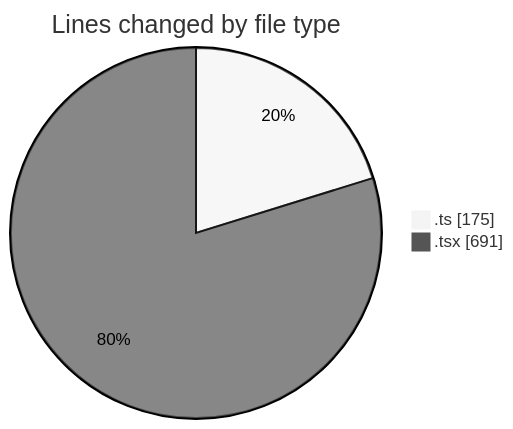
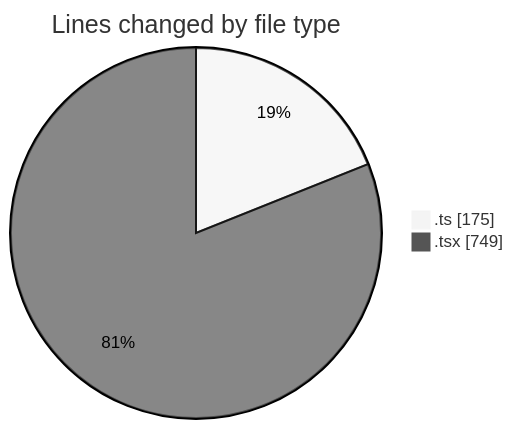
Before and after one commit to momahboobian/code-tracking: the first of 2 diagrams in 2025-12-02/cda/README.md, drawn with Mermaid (neutral theme). The commit also changed other lines of this file and 1 other file, not shown here.

````diff
--- a/2025-12-02/cda/README.md
+++ b/2025-12-02/cda/README.md
@@ -23,6 +23,6 @@
 ```mermaid
 pie showData
 title Lines changed by file type
 ".ts" : 175
-".tsx" : 691
+".tsx" : 749
 ```
````
